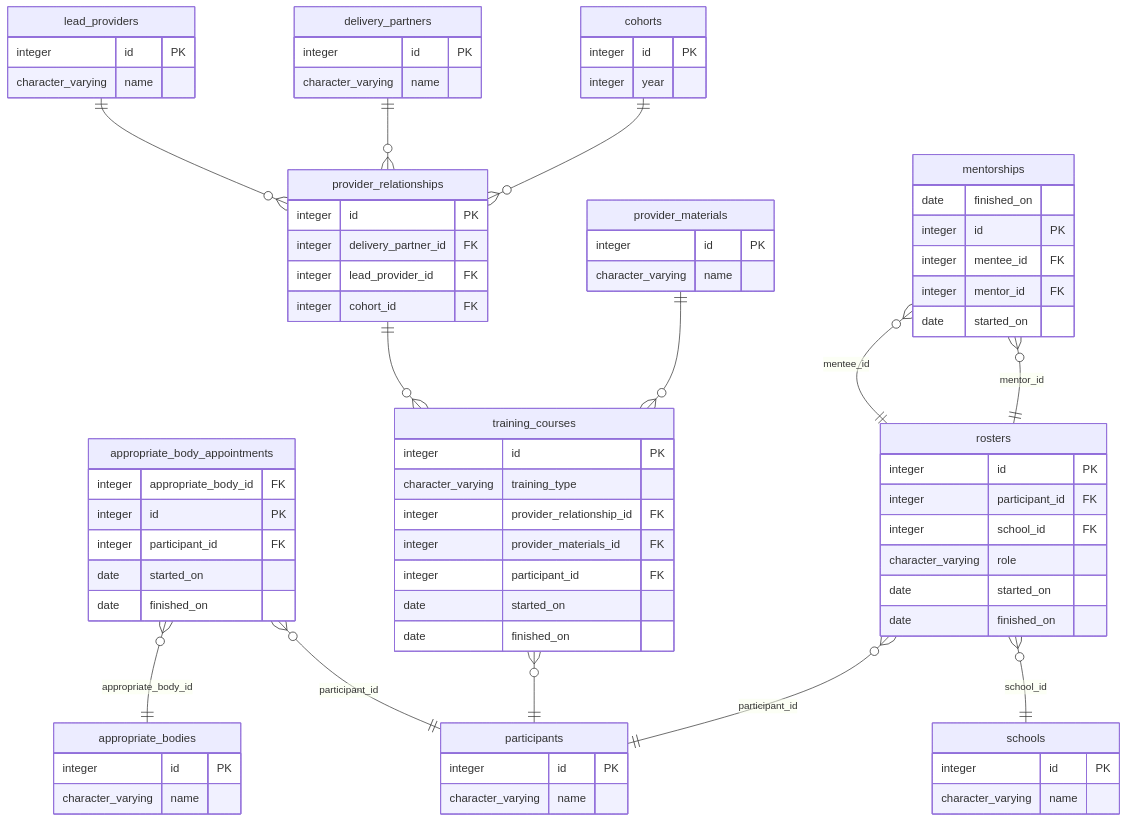
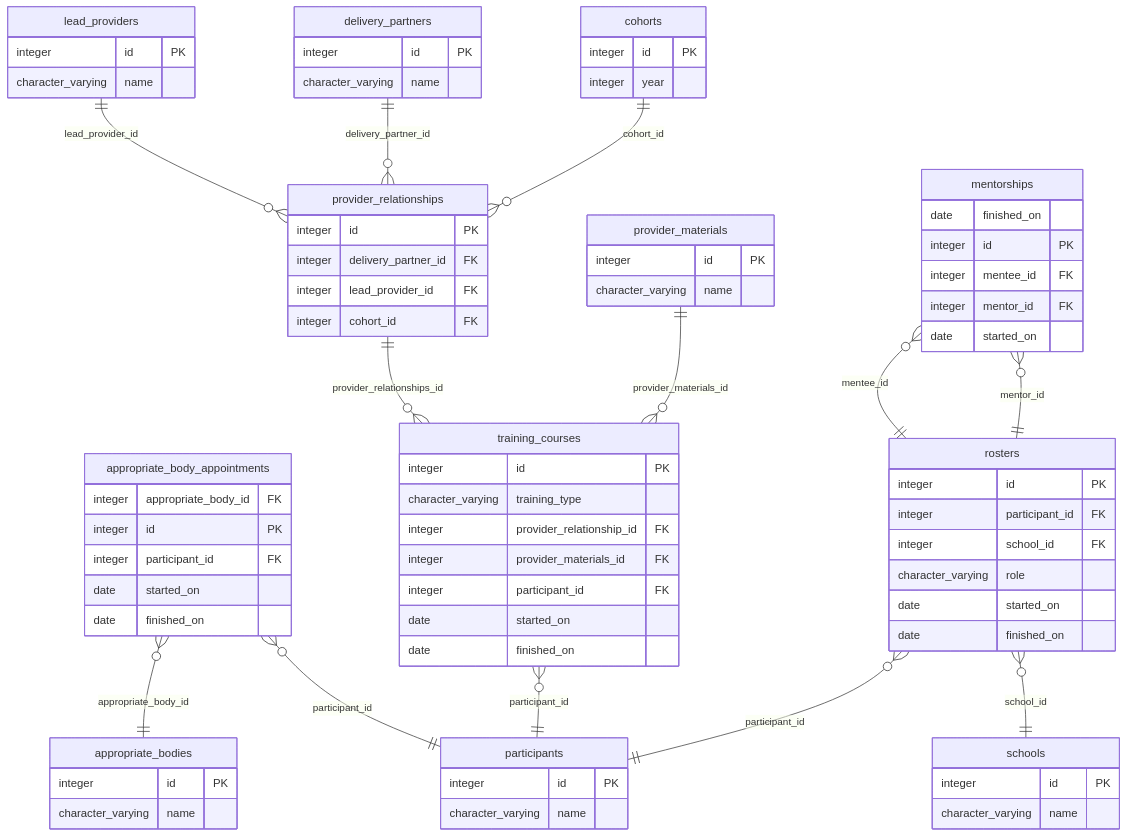
Before and after one commit to DFE-Digital/ecf-data-model-prototypes-separate: the diagram in README.md, drawn with Mermaid.

Commit message:
Add FKs to diagram

````diff
--- a/README.md
+++ b/README.md
@@ -120,12 +120,11 @@
     rosters }o--|| participants : "participant_id"
     rosters }o--|| schools : "school_id"
 
-    lead_providers ||--o{ provider_relationships : ""
-    delivery_partners ||--o{ provider_relationships : ""
-    cohorts ||--o{ provider_relationships : ""
+    lead_providers ||--o{ provider_relationships : "lead_provider_id"
+    delivery_partners ||--o{ provider_relationships : "delivery_partner_id"
+    cohorts ||--o{ provider_relationships : "cohort_id"
 
-    provider_relationships ||--o{ training_courses : ""
-    provider_materials ||--o{ training_courses : ""
-    training_courses }o--|| participants : ""
-
+    provider_relationships ||--o{ training_courses : "provider_relationships_id"
+    provider_materials ||--o{ training_courses : "provider_materials_id"
+    training_courses }o--|| participants : "participant_id"
 ```
````
